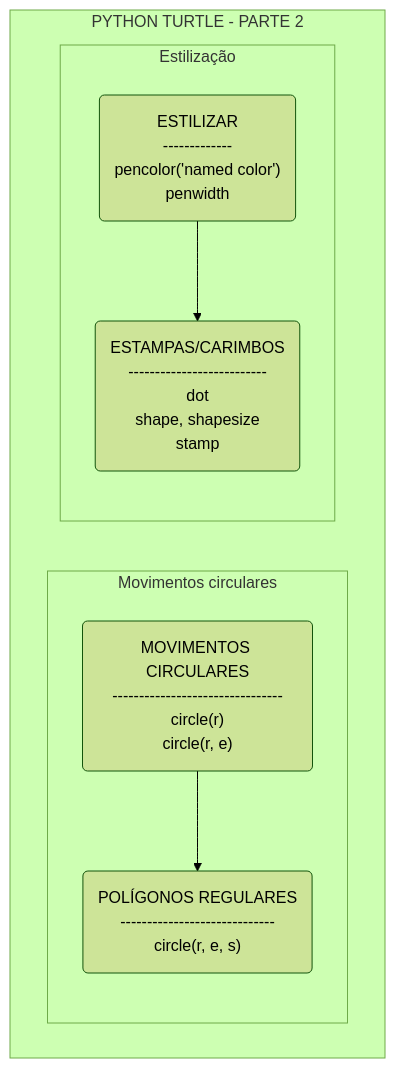
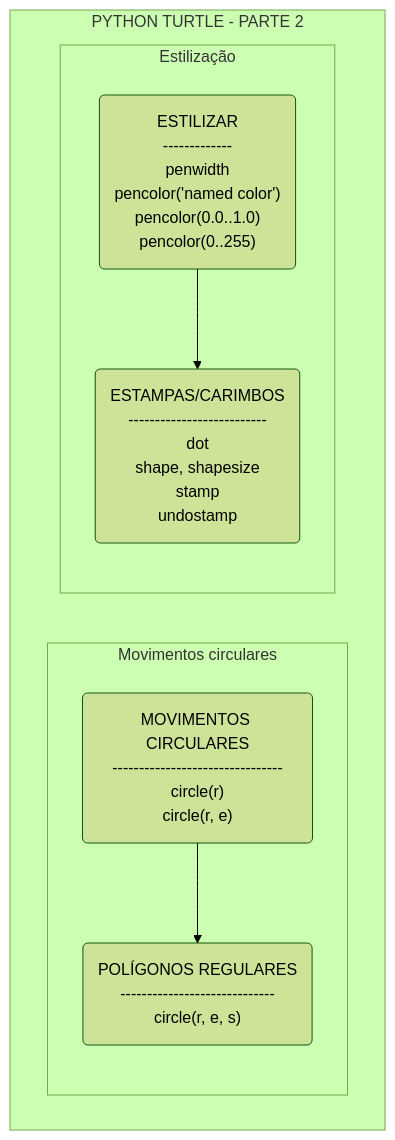
The fifth of 5 diagrams in techtree.md (xbecas/init_python), drawn with Mermaid (forest theme) before and after one commit.

Commit message:
Update techtree.md
Fix Estilização

````diff
--- a/techtree.md
+++ b/techtree.md
@@ -61,20 +61,20 @@
 ```mermaid
   graph TD
 
     subgraph "PYTHON TURTLE - PARTE 2"
 
       subgraph "Movimentos circulares"
         %% Movimentos circulares
         MovimentoCircular("MOVIMENTOS CIRCULARES<br>--------------------------------<br>circle(r)<br>circle(r, e)")
         PoligonosRegulares("POLÍGONOS REGULARES<br>-----------------------------<br>circle(r, e, s)")
         MovimentoCircular-->PoligonosRegulares
       end
 
       subgraph "Estilização"
         %% Estilização - cores e espessuras
-        Estilizar("ESTILIZAR<br>-------------<br>pencolor('named color')<br>penwidth")
-        Estampas("ESTAMPAS/CARIMBOS<br>--------------------------<br>dot<br>shape, shapesize<br>stamp")
+        Estilizar("ESTILIZAR<br>-------------<br>penwidth<br>pencolor('named color')<br>pencolor(0.0..1.0)<br>pencolor(0..255)")
+        Estampas("ESTAMPAS/CARIMBOS<br>--------------------------<br>dot<br>shape, shapesize<br>stamp<br>undostamp")
         Estilizar-->Estampas
       end
   end
 ```
````
